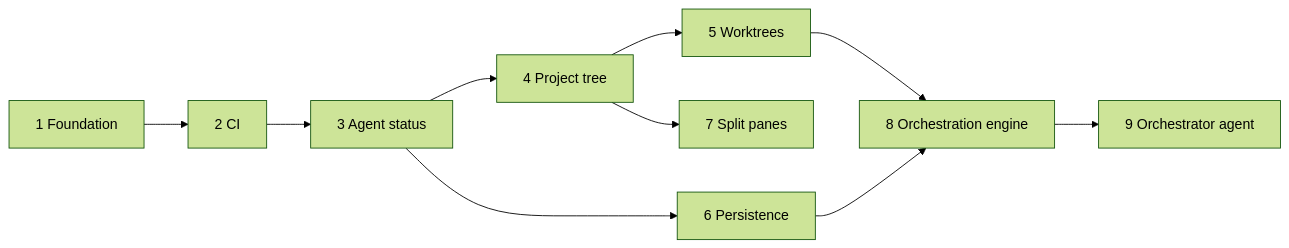
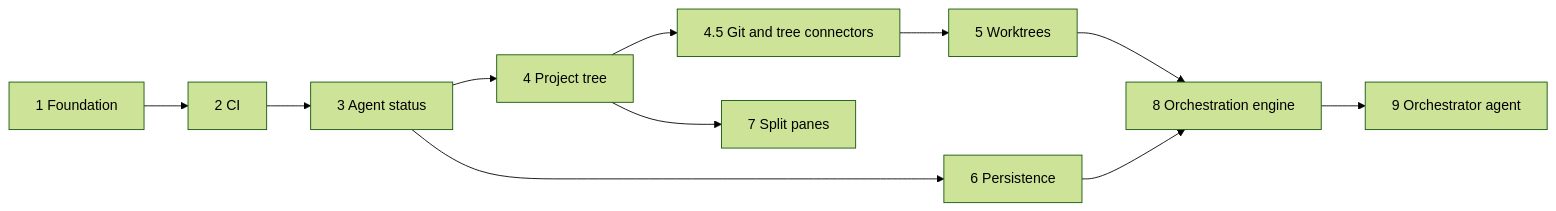
The diagram in docs/ROADMAP.md (danielpina1/anthrex), drawn with Mermaid (forest theme) before and after one commit. The commit also changed other lines of this file and 1 other file, not shown here.

First line of the commit message:
docs: design for the git surface, tree connectors and a simpler orchestrator

````diff
--- a/docs/ROADMAP.md
+++ b/docs/ROADMAP.md
@@ -31,12 +39,13 @@
 ```mermaid
 flowchart LR
   M1[1 Foundation] --> M2[2 CI]
   M2 --> M3[3 Agent status]
   M3 --> M4[4 Project tree]
-  M4 --> M5[5 Worktrees]
+  M4 --> M45[4.5 Git and tree connectors]
+  M45 --> M5[5 Worktrees]
   M3 --> M6[6 Persistence]
   M4 --> M7[7 Split panes]
   M5 --> M8[8 Orchestration engine]
   M6 --> M8
   M8 --> M9[9 Orchestrator agent]
 ```
````
